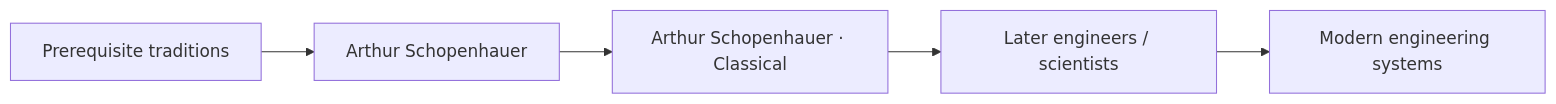
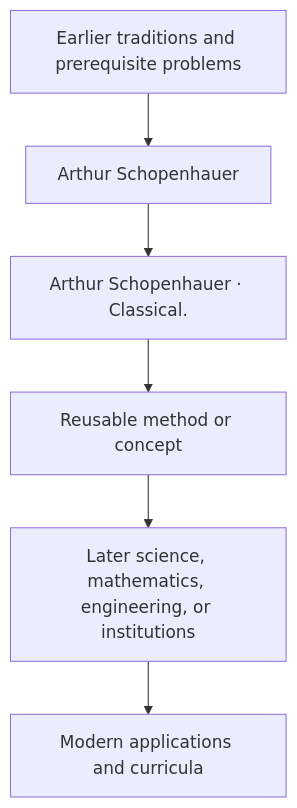
Before and after one commit to via-decide/ViaLogic: the diagram in docs/history/arthur-schopenhauer/influence.md, drawn with Mermaid. The commit also changed other lines of this file and 858 other files, not shown here.

````diff
--- a/docs/history/arthur-schopenhauer/influence.md
+++ b/docs/history/arthur-schopenhauer/influence.md
@@ -29,7 +16,8 @@
 ```mermaid
-graph LR
-  prerequisites["Prerequisite traditions"] --> current["Arthur Schopenhauer"]
-  current --> contribution["Arthur Schopenhauer · Classical"]
-  contribution --> successors["Later engineers / scientists"]
-  successors --> modern["Modern engineering systems"]
+graph TD
+  Prior[Earlier traditions and prerequisite problems] --> Person[Arthur Schopenhauer]
+  Person --> Contribution[Arthur Schopenhauer · Classical.]
+  Contribution --> Method[Reusable method or concept]
+  Method --> Later[Later science, mathematics, engineering, or institutions]
+  Later --> Modern[Modern applications and curricula]
 ```
````
